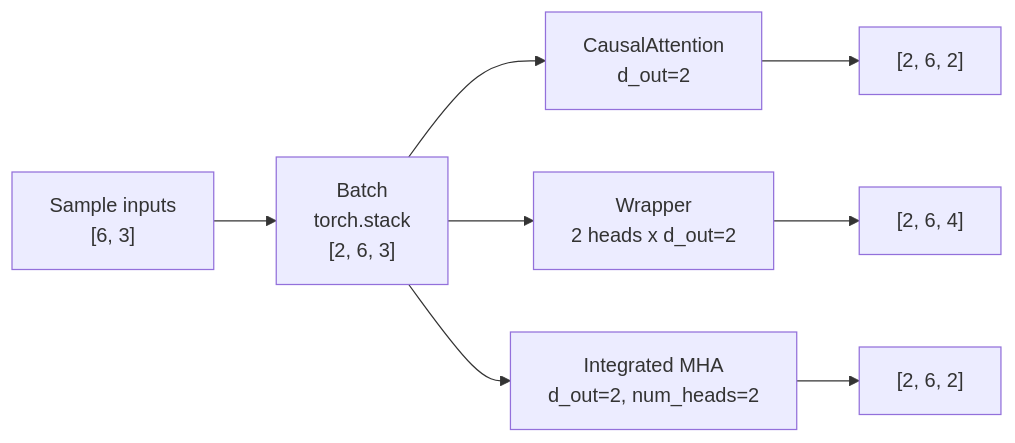
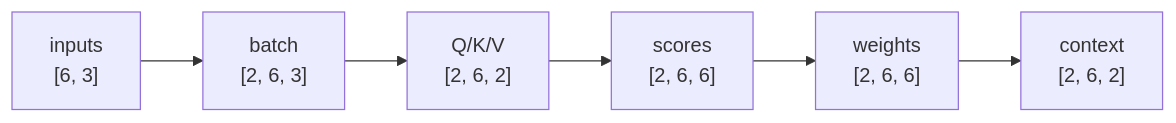
One commit to boslbosl/ai-specialist-26-language changed the fifth of 5 diagrams in docs/diagrams/Chapter_3_Excercise_Attention.md. Above: the diagram before and after it, drawn with Mermaid. The commit also changed other lines of this file and 10 other files, not shown here.

Commit message:
Add diagrams for chapters through chapter 7

````diff
--- a/docs/diagrams/Chapter_3_Excercise_Attention.md
+++ b/docs/diagrams/Chapter_3_Excercise_Attention.md
@@ -98,10 +71,8 @@
 ```mermaid
 flowchart LR
-    A["Sample inputs<br/>[6, 3]"] --> B["Batch<br/>torch.stack<br/>[2, 6, 3]"]
-    B --> C["CausalAttention<br/>d_out=2"]
-    C --> D["[2, 6, 2]"]
-    B --> E["Wrapper<br/>2 heads x d_out=2"]
-    E --> F["[2, 6, 4]"]
-    B --> G["Integrated MHA<br/>d_out=2, num_heads=2"]
-    G --> H["[2, 6, 2]"]
+    A["inputs<br/>[6, 3]"] --> B["batch<br/>[2, 6, 3]"]
+    B --> C["Q/K/V<br/>[2, 6, 2]"]
+    C --> D["scores<br/>[2, 6, 6]"]
+    D --> E["weights<br/>[2, 6, 6]"]
+    E --> F["context<br/>[2, 6, 2]"]
 ```
````
